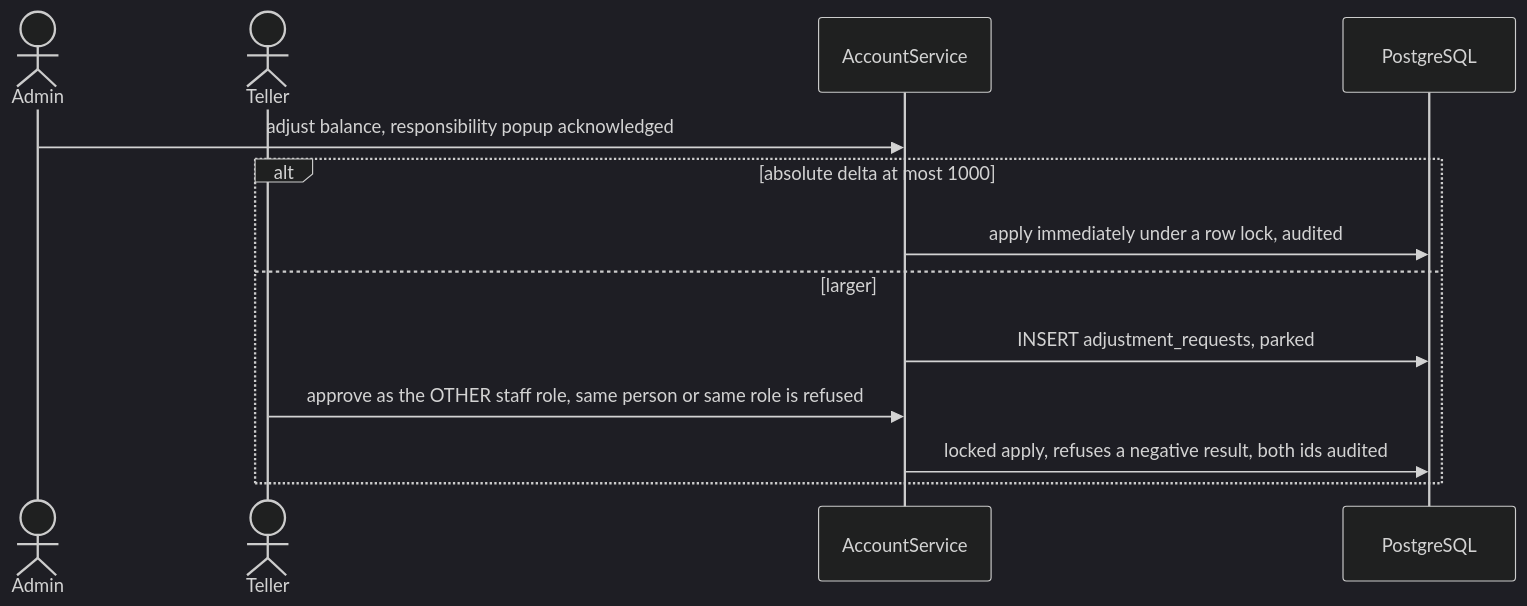
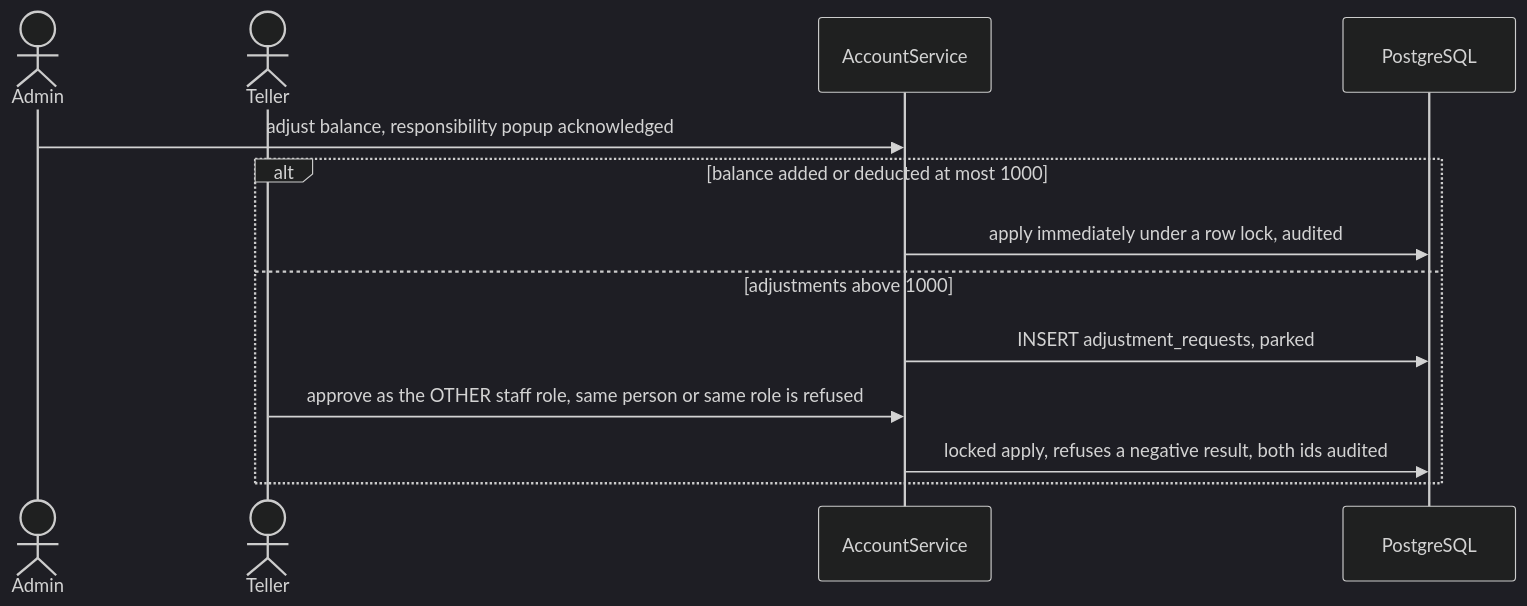
The ninth of 14 diagrams in docs/FLOWS.md (cthyuiii/FerroBank), drawn with Mermaid (dark theme) before and after one commit. The commit also changed other lines of this file and 5 other files, not shown here.

````diff
--- a/docs/FLOWS.md
+++ b/docs/FLOWS.md
@@ -216,16 +219,16 @@
 ```mermaid
 sequenceDiagram
     actor AD as Admin
     actor T as Teller
     participant S as AccountService
     participant P as PostgreSQL
 
     AD->>S: adjust balance, responsibility popup acknowledged
-    alt absolute delta at most 1000
+    alt balance added or deducted at most 1000
         S->>P: apply immediately under a row lock, audited
-    else larger
+    else adjustments above 1000
         S->>P: INSERT adjustment_requests, parked
         T->>S: approve as the OTHER staff role, same person or same role is refused
         S->>P: locked apply, refuses a negative result, both ids audited
     end
 ```
````
